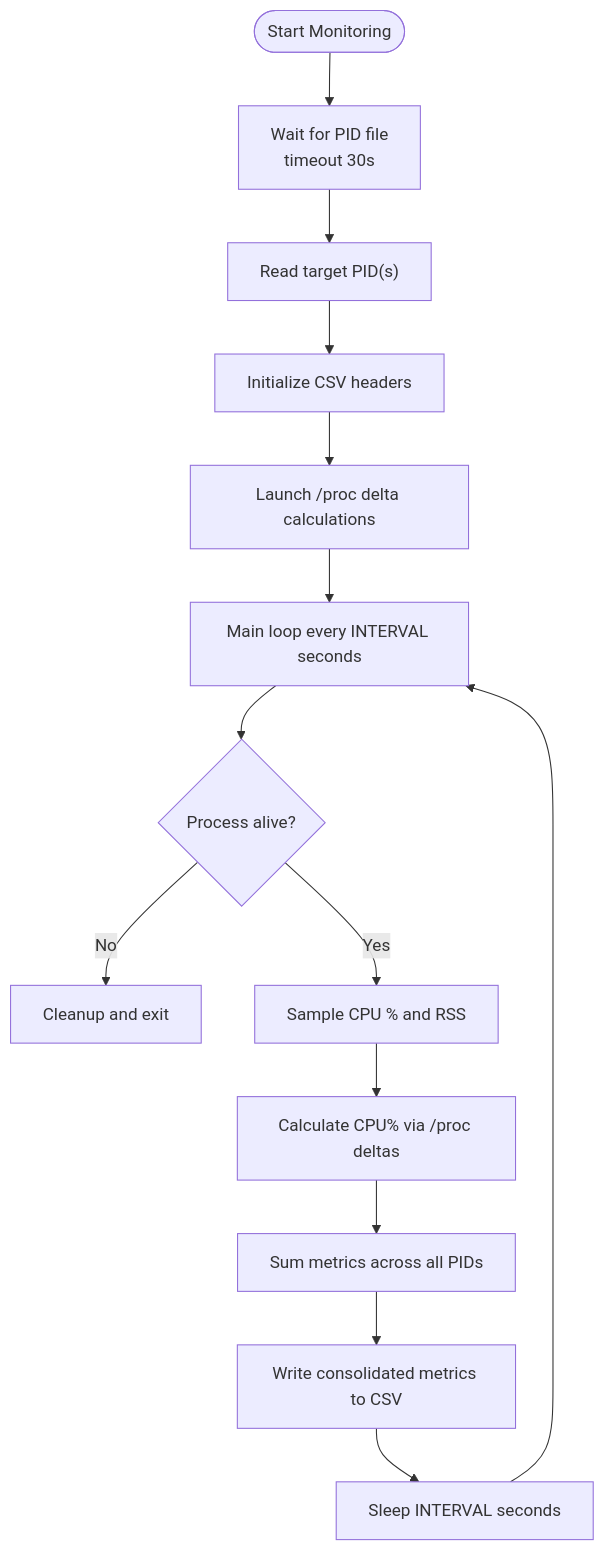
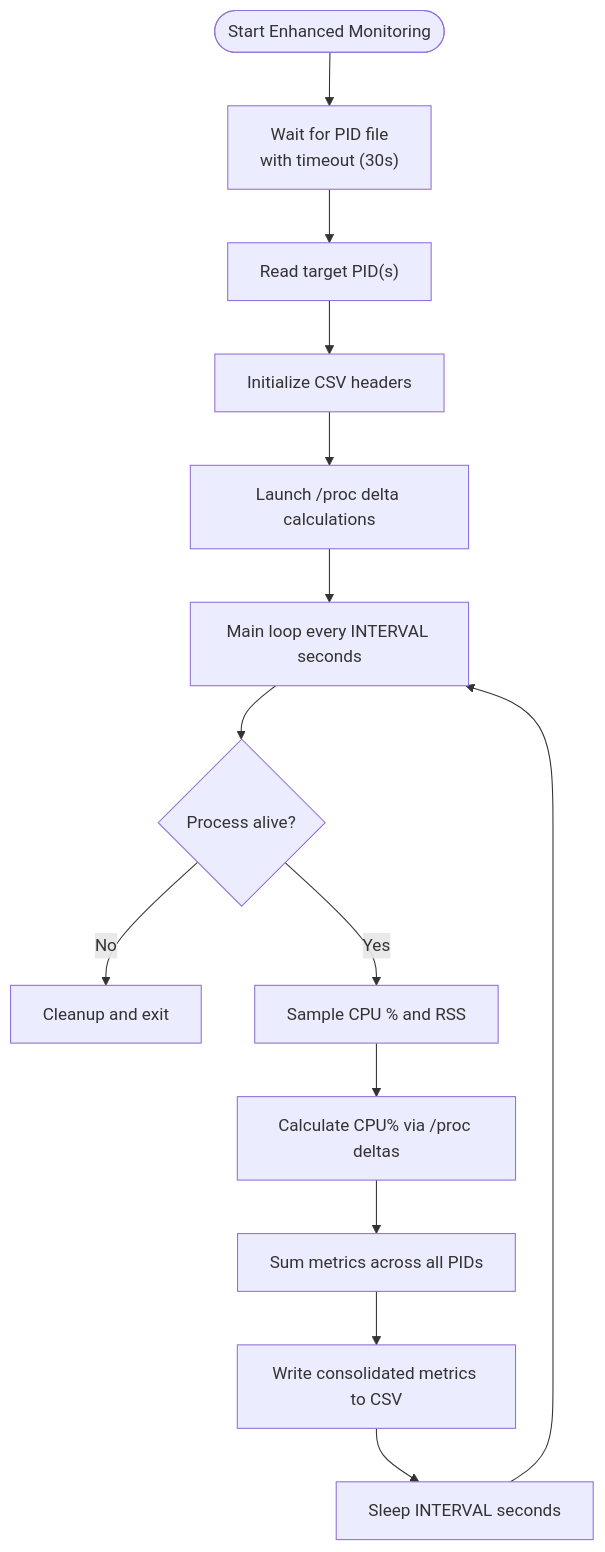
One commit to Fogus-Gr/MeasurementsDTs changed the seventh of 14 diagrams in .qoder/repowiki/en/content/Monitoring and Analytics/Performance Monitoring.md. Above: the diagram before and after it, drawn with Mermaid. The commit also changed other lines of this file and 11 other files, not shown here.

````diff
--- a/.qoder/repowiki/en/content/Monitoring and Analytics/Performance Monitoring.md
+++ b/.qoder/repowiki/en/content/Monitoring and Analytics/Performance Monitoring.md
@@ -178,16 +321,16 @@
 ```mermaid
 flowchart TD
-Start(["Start Monitoring"]) --> WaitPID["Wait for PID file<br/>timeout 30s"]
+Start(["Start Enhanced Monitoring"]) --> WaitPID["Wait for PID file<br/>with timeout (30s)"]
 WaitPID --> ReadPID["Read target PID(s)"]
 ReadPID --> InitCSV["Initialize CSV headers"]
 InitCSV --> LaunchProc["Launch /proc delta calculations"]
 LaunchProc --> Loop["Main loop every INTERVAL seconds"]
 Loop --> CheckPID{"Process alive?"}
 CheckPID --> |No| Cleanup["Cleanup and exit"]
 CheckPID --> |Yes| SampleProc["Sample CPU % and RSS"]
 SampleProc --> CalcDelta["Calculate CPU% via /proc deltas"]
 CalcDelta --> SumTotals["Sum metrics across all PIDs"]
 SumTotals --> WriteCSV["Write consolidated metrics to CSV"]
 WriteCSV --> Sleep["Sleep INTERVAL seconds"]
 Sleep --> Loop
 ```
````
